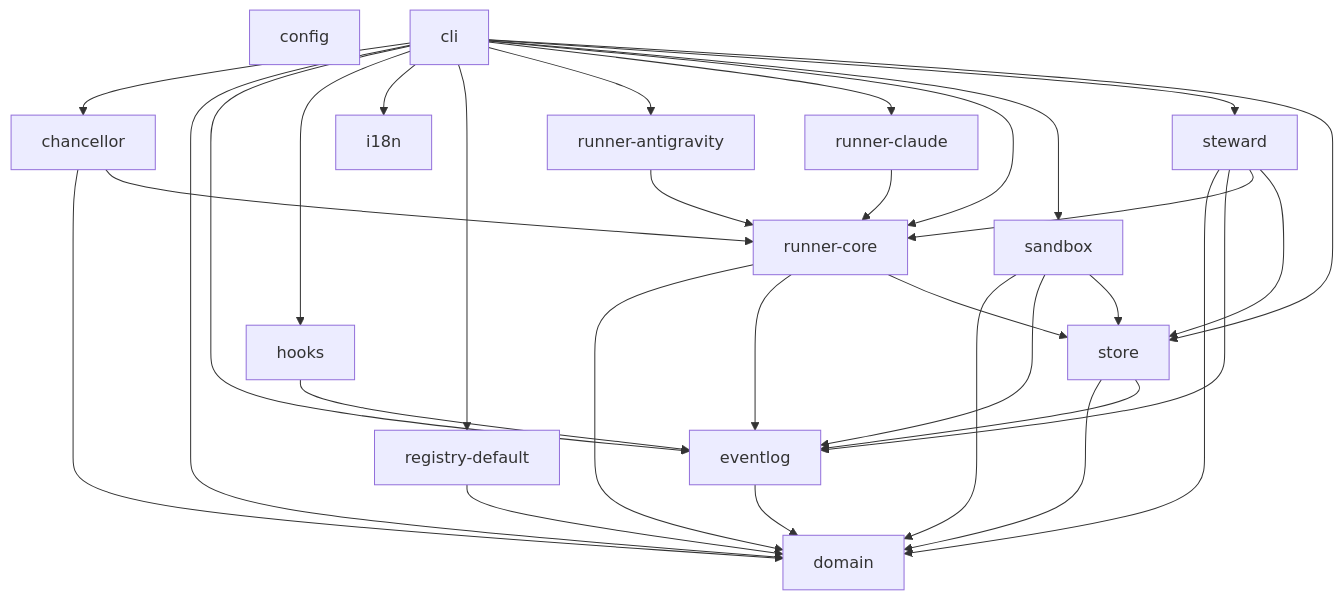
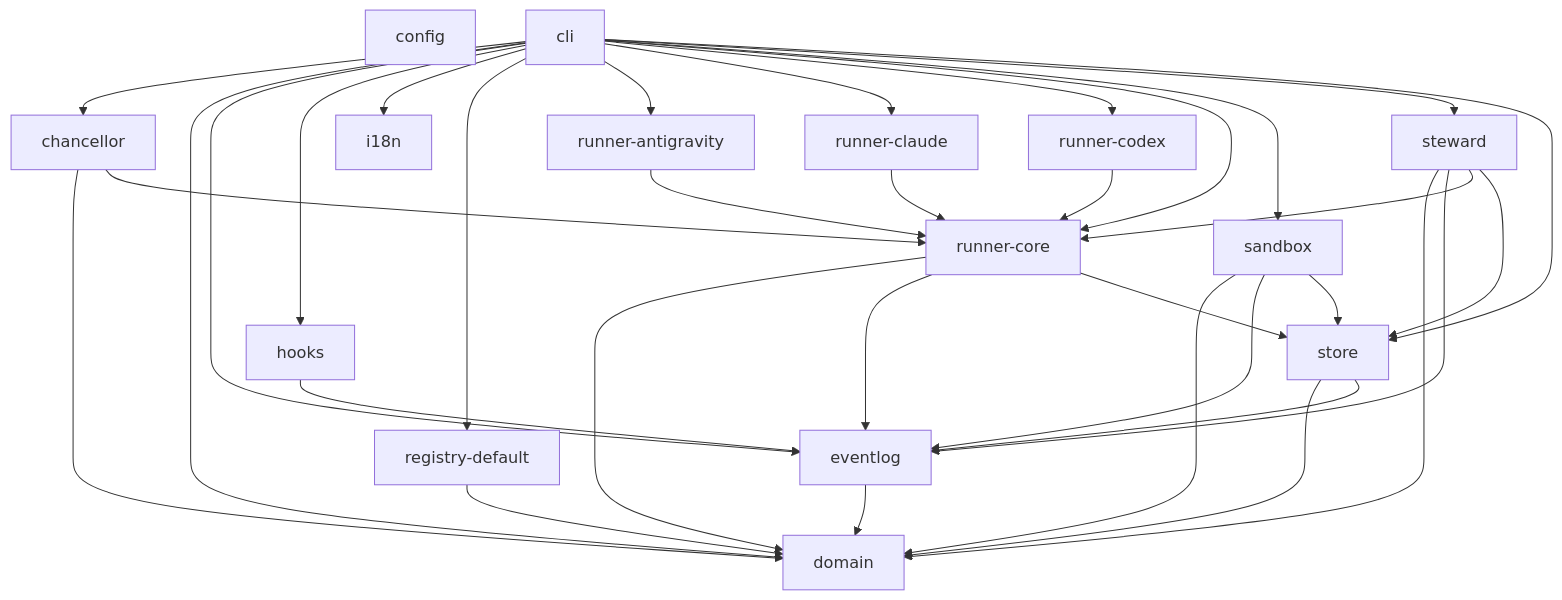
Before and after one commit to thap-nv/the-world-of-elvaria: the diagram in docs/dependency-graph.md, drawn with Mermaid. The commit also changed other lines of this file and 86 other files, not shown here.

````diff
--- a/docs/dependency-graph.md
+++ b/docs/dependency-graph.md
@@ -7,48 +7,51 @@
 ```mermaid
 flowchart TD
   config["config"]
   domain["domain"]
   store["store"]
   registry_default["registry-default"]
   runner_core["runner-core"]
   runner_claude["runner-claude"]
   runner_antigravity["runner-antigravity"]
+  runner_codex["runner-codex"]
   steward["steward"]
   chancellor["chancellor"]
   sandbox["sandbox"]
   eventlog["eventlog"]
   hooks["hooks"]
   i18n["i18n"]
   cli["cli"]
   store --> domain
   store --> eventlog
   registry_default --> domain
   runner_core --> domain
   runner_core --> eventlog
   runner_core --> store
   runner_claude --> runner_core
   runner_antigravity --> runner_core
+  runner_codex --> runner_core
   steward --> domain
   steward --> eventlog
   steward --> runner_core
   steward --> store
   chancellor --> domain
   chancellor --> runner_core
   sandbox --> domain
   sandbox --> eventlog
   sandbox --> store
   eventlog --> domain
   hooks --> eventlog
   cli --> chancellor
   cli --> domain
   cli --> eventlog
   cli --> hooks
   cli --> i18n
   cli --> registry_default
   cli --> runner_antigravity
   cli --> runner_claude
+  cli --> runner_codex
   cli --> runner_core
   cli --> sandbox
   cli --> steward
   cli --> store
 ```
````
